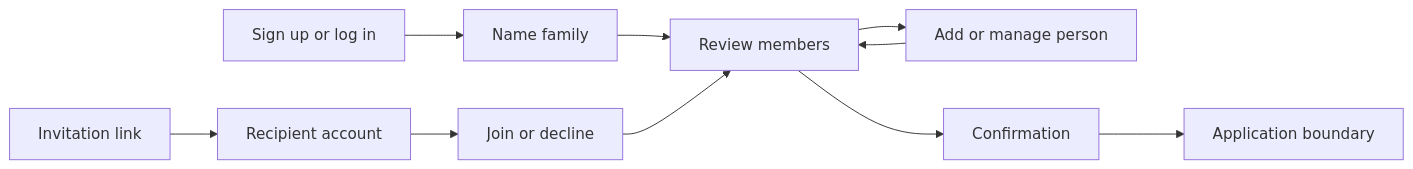
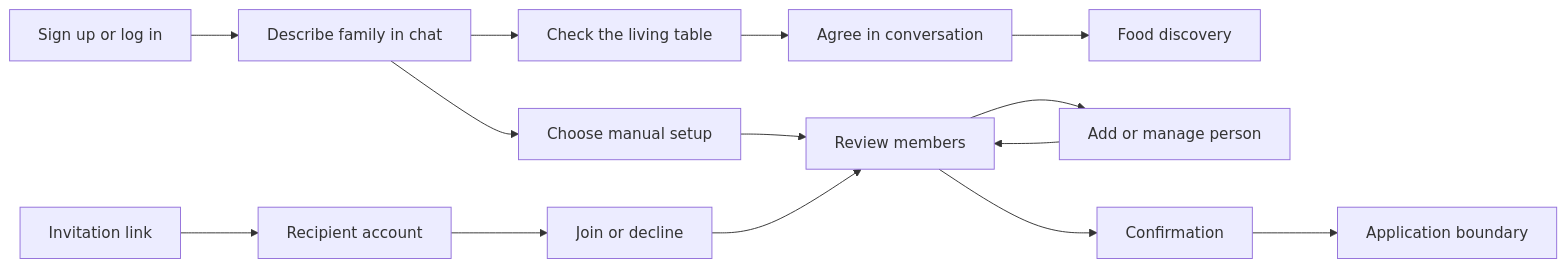
One commit to cill-i-am/meal-planner changed the diagram in docs/reference/features/auth-family/README.md. Above: the diagram before and after it, drawn with Mermaid. The commit also changed other lines of this file and 227 other files, not shown here.

First line of the commit message:
feat(journey): connect agent-led family setup and meal planning (#284)

````diff
--- a/docs/reference/features/auth-family/README.md
+++ b/docs/reference/features/auth-family/README.md
@@ -27,12 +27,16 @@
 ```mermaid
 flowchart LR
-  Account[Sign up or log in] --> Name[Name family]
+  Account[Sign up or log in] --> Chat[Describe family in chat]
+  Chat --> Table[Check the living table]
+  Table --> Agree[Agree in conversation]
+  Agree --> Food[Food discovery]
+  Chat --> Name[Choose manual setup]
   Name --> Members[Review members]
   Members --> Add[Add or manage person]
   Add --> Members
   Members --> Ready[Confirmation]
   Ready --> Exit[Application boundary]
   Invite[Invitation link] --> AccountCheck[Recipient account]
   AccountCheck --> Response[Join or decline]
   Response --> Members
 ```
````
